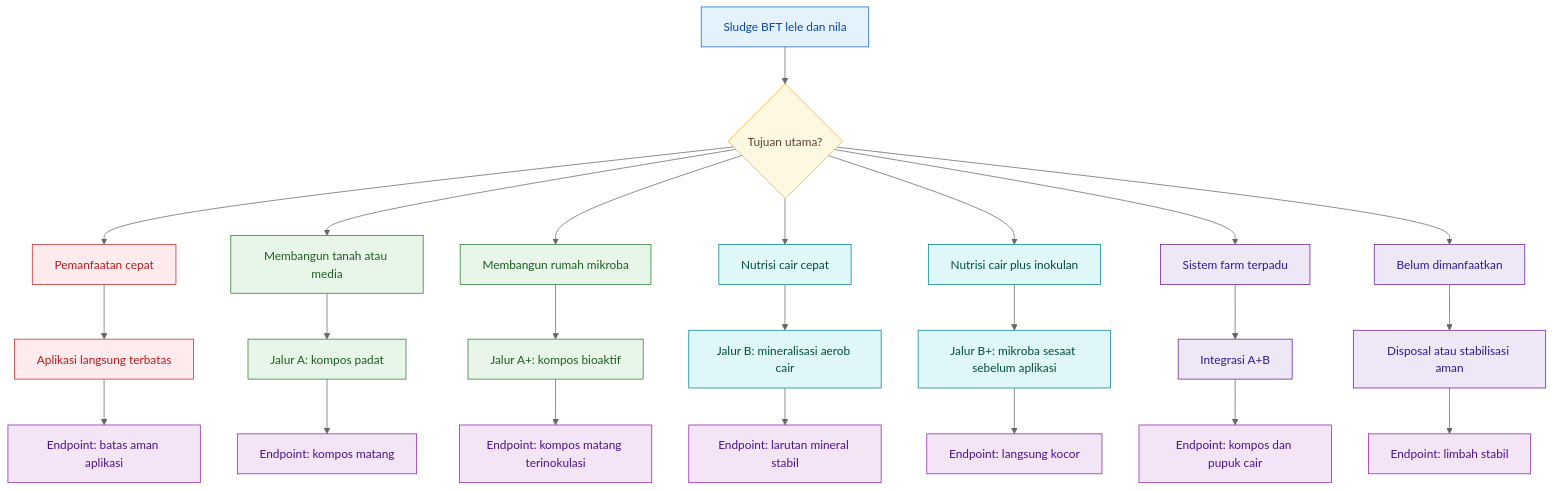
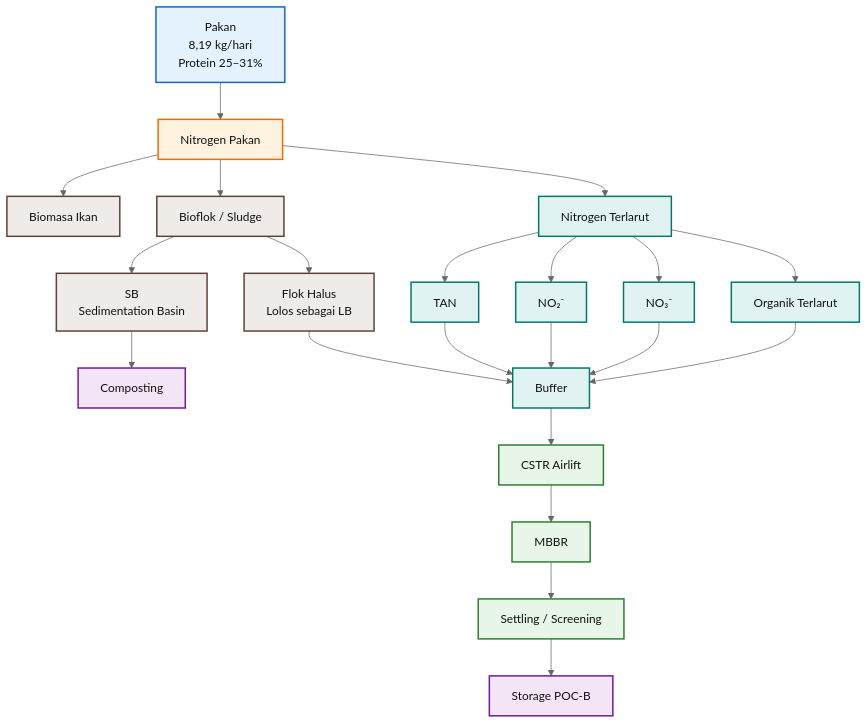
The fourth of 28 diagrams in content/blog/agri/perikanan/sludge-bioflok-biofertilizer.mdx (slametsampon/kawruhnology), drawn with Mermaid (neutral theme) before and after one commit. The commit also changed other lines of this file and 9 other files, not shown here.

Commit message:
publish sludge-bioflok-biofertilizer, update orifice

````diff
--- a/content/blog/agri/perikanan/sludge-bioflok-biofertilizer.mdx
+++ b/content/blog/agri/perikanan/sludge-bioflok-biofertilizer.mdx
@@ -496,49 +2083,41 @@
-```mermaid id="peta-alternatif-sludge-bft"
+```mermaid id="p6fcy0"
 flowchart TD
-    A[Sludge BFT lele dan nila] --> B{Tujuan utama?}
+    A["Pakan<br/>8,19 kg/hari<br/>Protein 25–31%"] --> B["Nitrogen Pakan"]
+    B --> C["Biomasa Ikan"]
+    B --> D["Bioflok / Sludge"]
+    B --> E["Nitrogen Terlarut"]
 
-    B --> C[Pemanfaatan cepat]
-    C --> C1[Aplikasi langsung terbatas]
+    D --> F["SB<br/>Sedimentation Basin"]
+    D --> G["Flok Halus<br/>Lolos sebagai LB"]
 
-    B --> D[Membangun tanah atau media]
-    D --> D1[Jalur A: kompos padat]
+    E --> H["TAN"]
+    E --> I["NO₂⁻"]
+    E --> J["NO₃⁻"]
+    E --> K["Organik Terlarut"]
 
-    B --> E[Membangun rumah mikroba]
-    E --> E1[Jalur A+: kompos bioaktif]
+    F --> L["Composting"]
+    G --> M["Buffer"]
+    H --> M
+    I --> M
+    J --> M
+    K --> M
 
-    B --> F[Nutrisi cair cepat]
-    F --> F1[Jalur B: mineralisasi aerob cair]
+    M --> N["CSTR Airlift"]
+    N --> O["MBBR"]
+    O --> P["Settling / Screening"]
+    P --> Q["Storage POC-B"]
 
-    B --> G[Nutrisi cair plus inokulan]
-    G --> G1[Jalur B+: mikroba sesaat sebelum aplikasi]
+    classDef feed fill:#E3F2FD,stroke:#1565C0,color:#111,stroke-width:2px;
+    classDef nitrogen fill:#FFF3E0,stroke:#EF6C00,color:#111,stroke-width:2px;
+    classDef solid fill:#EFEBE9,stroke:#5D4037,color:#111,stroke-width:2px;
+    classDef liquid fill:#E0F2F1,stroke:#00796B,color:#111,stroke-width:2px;
+    classDef reactor fill:#E8F5E9,stroke:#2E7D32,color:#111,stroke-width:2px;
+    classDef product fill:#F3E5F5,stroke:#6A1B9A,color:#111,stroke-width:2px;
 
-    B --> H[Sistem farm terpadu]
-    H --> H1[Integrasi A+B]
-
-    B --> I[Belum dimanfaatkan]
-    I --> I1[Disposal atau stabilisasi aman]
-
-    C1 --> J[Endpoint: batas aman aplikasi]
-    D1 --> K[Endpoint: kompos matang]
-    E1 --> L[Endpoint: kompos matang terinokulasi]
-    F1 --> M[Endpoint: larutan mineral stabil]
-    G1 --> N[Endpoint: langsung kocor]
-    H1 --> O[Endpoint: kompos dan pupuk cair]
-    I1 --> P[Endpoint: limbah stabil]
-
-    classDef input fill:#E3F2FD,stroke:#1565C0,color:#0D47A1;
-    classDef decision fill:#FFF8E1,stroke:#F9A825,color:#5D4037;
-    classDef direct fill:#FFEBEE,stroke:#C62828,color:#B71C1C;
-    classDef compost fill:#E8F5E9,stroke:#2E7D32,color:#1B5E20;
-    classDef liquid fill:#E0F7FA,stroke:#00838F,color:#004D40;
-    classDef integrated fill:#EDE7F6,stroke:#6A1B9A,color:#311B92;
-    classDef endpoint fill:#F3E5F5,stroke:#8E24AA,color:#4A148C;
-
-    class A input;
-    class B decision;
-    class C,C1 direct;
-    class D,D1,E,E1 compost;
-    class F,F1,G,G1 liquid;
-    class H,H1,I,I1 integrated;
-    class J,K,L,M,N,O,P endpoint;
+    class A feed;
+    class B nitrogen;
+    class C,D,F,G solid;
+    class E,H,I,J,K,M liquid;
+    class N,O,P reactor;
+    class L,Q product;
 ```
````
